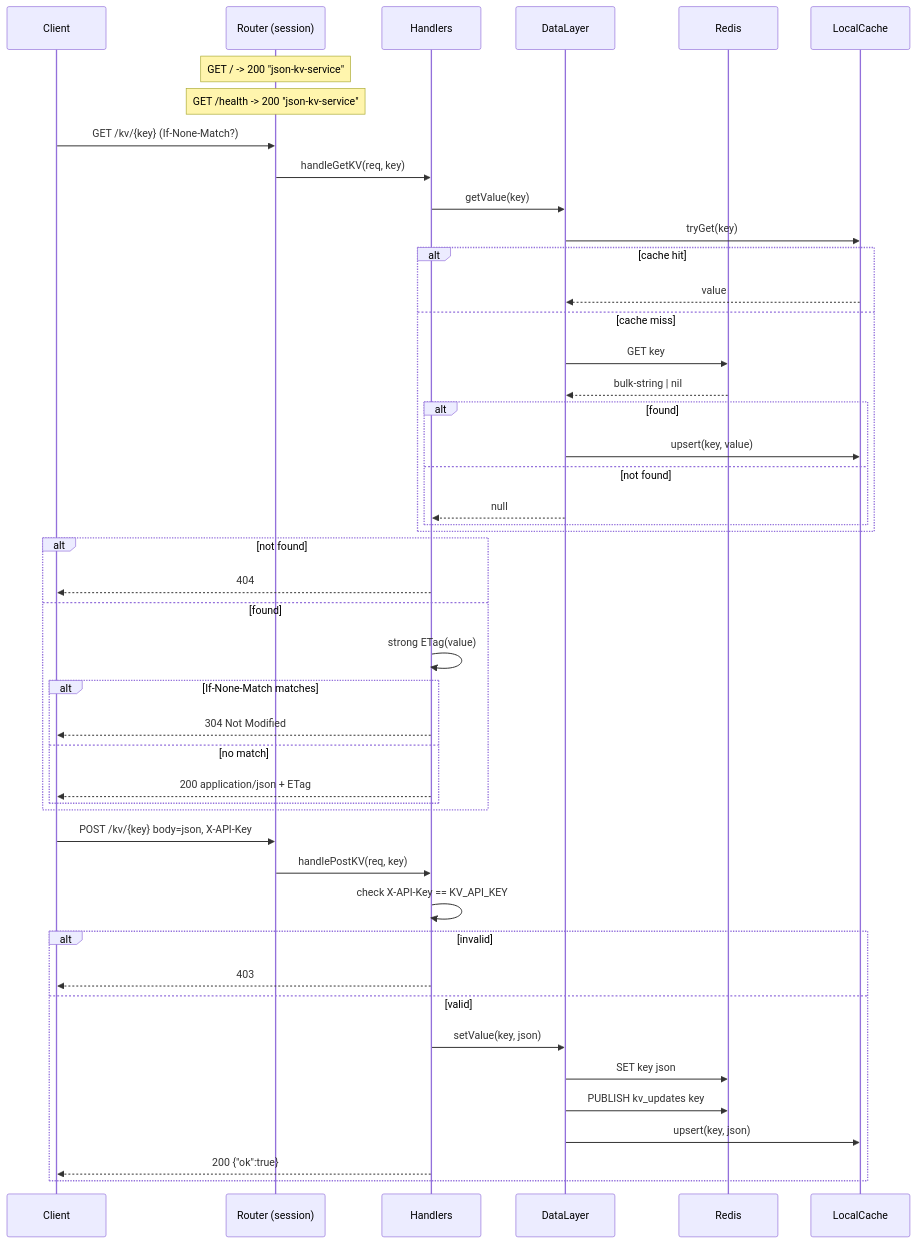
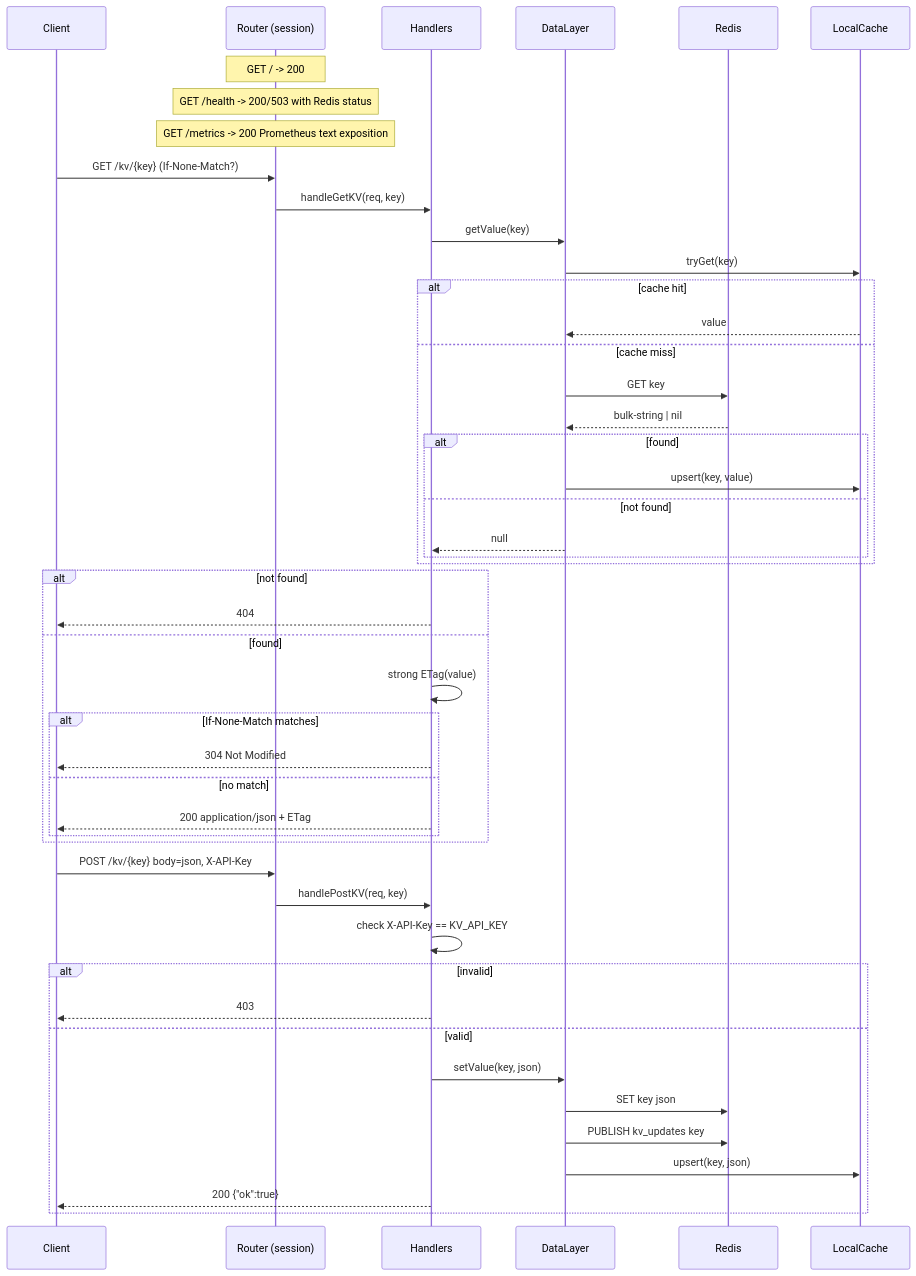
One commit to willosof/kvstore changed the second of 3 diagrams in README.md. Above: the diagram before and after it, drawn with Mermaid. The commit also changed other lines of this file, not shown here.

First line of the commit message:
Update README to reflect new API endpoints and metrics

````diff
--- a/README.md
+++ b/README.md
@@ -36,51 +36,52 @@
 ```mermaid
 sequenceDiagram
   participant C as Client
   participant R as Router (session)
   participant H as Handlers
   participant D as DataLayer
   participant Re as Redis
   participant Ca as LocalCache
 
-  Note over R: GET / -> 200 "json-kv-service"
-  Note over R: GET /health -> 200 "json-kv-service"
+  Note over R: GET / -> 200
+  Note over R: GET /health -> 200/503 with Redis status
+  Note over R: GET /metrics -> 200 Prometheus text exposition
 
   C->>R: GET /kv/{key} (If-None-Match?)
   R->>H: handleGetKV(req, key)
   H->>D: getValue(key)
   D->>Ca: tryGet(key)
   alt cache hit
     Ca-->>D: value
   else cache miss
     D->>Re: GET key
     Re-->>D: bulk-string | nil
     alt found
       D->>Ca: upsert(key, value)
     else not found
       D-->>H: null
     end
   end
   alt not found
     H-->>C: 404
   else found
     H->>H: strong ETag(value)
     alt If-None-Match matches
       H-->>C: 304 Not Modified
     else no match
       H-->>C: 200 application/json + ETag
     end
   end
 
   C->>R: POST /kv/{key} body=json, X-API-Key
   R->>H: handlePostKV(req, key)
   H->>H: check X-API-Key == KV_API_KEY
   alt invalid
     H-->>C: 403
   else valid
     H->>D: setValue(key, json)
     D->>Re: SET key json
     D->>Re: PUBLISH kv_updates key
     D->>Ca: upsert(key, json)
     H-->>C: 200 {"ok":true}
   end
 ```
````
